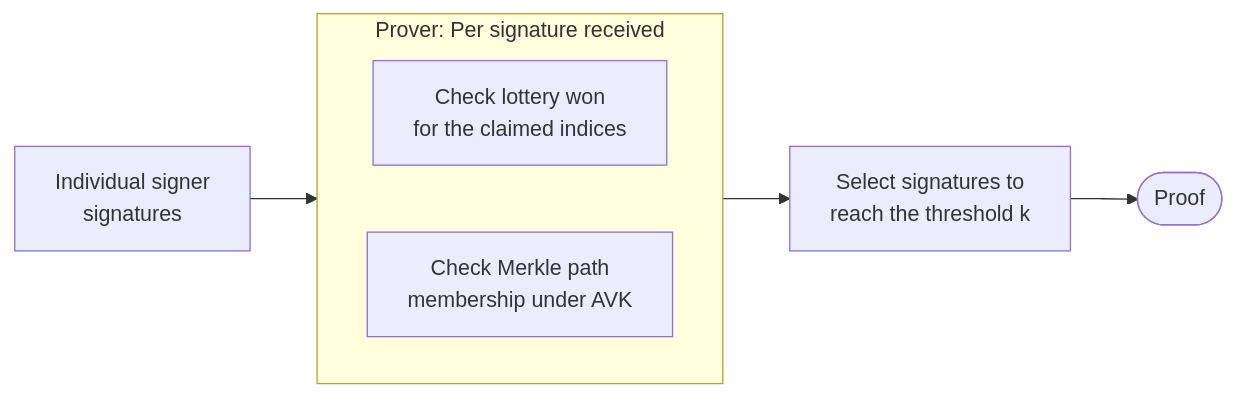
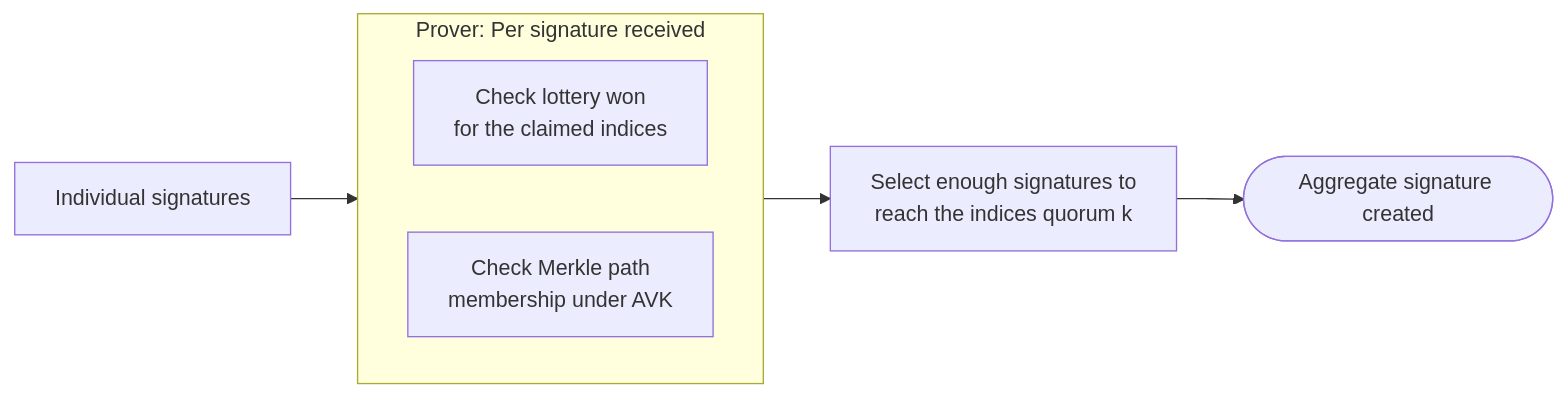
One commit to IntersectMBO/mithril changed the first of 2 diagrams in docs/website/root/mithril/advanced/mithril-protocol/aggregation/concatenation.md. Above: the diagram before and after it, drawn with Mermaid. The commit also changed other lines of this file and 2 other files, not shown here.

Commit message:
refactor(doc): apply a first round of comments

````diff
--- a/docs/website/root/mithril/advanced/mithril-protocol/aggregation/concatenation.md
+++ b/docs/website/root/mithril/advanced/mithril-protocol/aggregation/concatenation.md
@@ -10,13 +10,13 @@
 ```mermaid
 flowchart LR
-    Sigs[Individual signer<br/>signatures] --> Loop
+    Sigs[Individual signatures] --> Loop
 
     subgraph Loop["Prover: Per signature received"]
         direction LR
         L["Check lottery won<br/>for the claimed indices"]
         M["Check Merkle path<br/>membership under AVK"]
     end
 
-    Loop --> Select["Select signatures to<br/>reach the threshold k"]
-    Select --> Proof(["Proof"])
+    Loop --> Select["Select enough signatures to<br/>reach the indices quorum k"]
+    Select --> Proof(["Aggregate signature created"])
 ```
````
